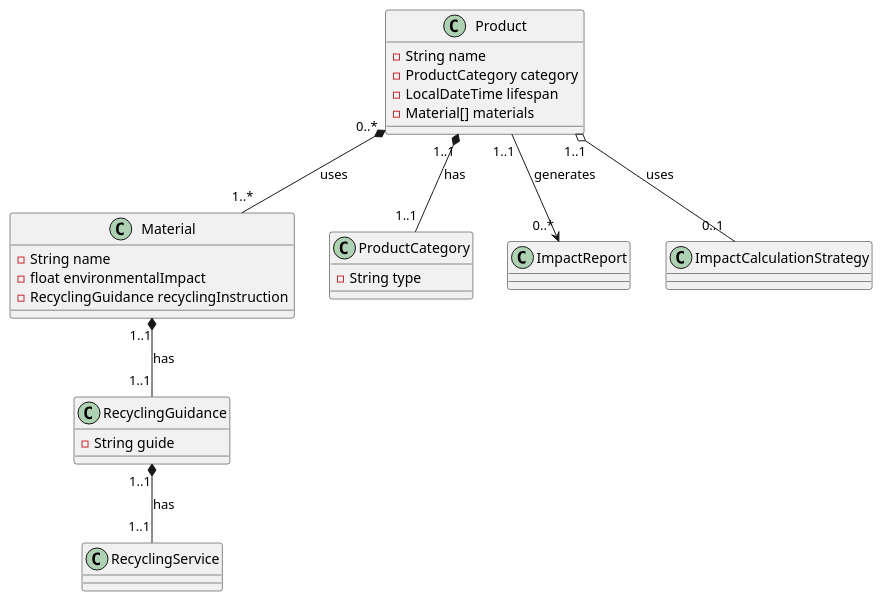
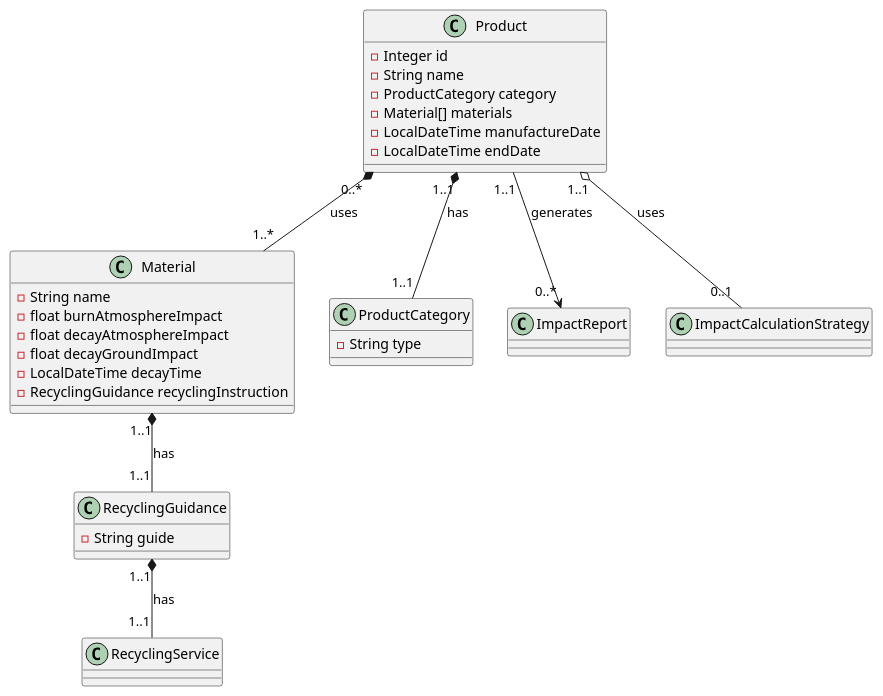
One commit to arrow-function-hkr/ood-project changed the diagram in UML.puml. Above: the diagram before and after it, drawn with PlantUML.

Commit message:
Added new variable and methods to UML file, extended Product and Material class

```diff
--- a/UML.puml
+++ b/UML.puml
@@ -1,71 +1,86 @@
 @startuml
 
 ' RMS stands for Recycling Management System
 ' package onion.lifeproducts.rms {
 
 	class Product {
+		- Integer id
 		- String name
 		- ProductCategory category
-		- LocalDateTime lifespan
 		- Material[] materials
-
+		- LocalDateTime manufactureDate
+		- LocalDateTime endDate
+		
+		' + getId(): Integer
 		' + getName(): String
 		' + getCategory(): String
-		' + getLifespan(): LocalDateTime
+		' + getManufactureDate(): LocalDateTime
+		' + getEndDate(): LocalDateTime
 		' + getMaterials(): Material[]
+		' + setId(Integer id): void
 		' + setName(String name): void
 		' + setCategory(String category): void
-		' + setLifespan(LocalDateTime lifespan): void
+		' + setManufactureDate(LocalDateTime manufactureDate): void
+		' + setEndDate(LocalDateTime endDate): void
 		' + setMaterials(Material[] materials): void
 
 	}
 
 	class Material {
 		- String name
-		- float environmentalImpact
+		- float burnAtmosphereImpact
+		- float decayAtmosphereImpact
+		- float decayGroundImpact
+		- LocalDateTime decayTime
 		- RecyclingGuidance recyclingInstruction
 
 		' + getName(): String
-		' + getEnvironmentalImpact(): float
+		' + getBurnAtmosphereImpact(): float
+		' + getDecayAtmosphereImpact(): float
+		' + getDecayGroundImpact(): float
+		' + getDecayTime(): LocalDateTime
 		' + getRecyclingInstruction(): String
 		' + setName(String name): void
-		' + setEnvironmentalImpact(float environmentalImpact): void
-		' + setRecyclingInstruction(String recyclingInstruction): void
+		' + setBurnAtmosphereImpact(float burnAtmosphereImpact): void
+		' + setDecayAtmosphereImpact(float decayAtmosphereImpact): void
+		' + setDecayGroundImpact(float decayGroundImpact): void
+		' + setDecayTime(LocalDateTime decayTime): void
+		' + setRecyclingInstruction(RecyclingGuidance recyclingInstruction): void
 
 	}
 
 	class ProductCategory {
 		- String type
 	}
 
 	class RecyclingGuidance {
 		- String guide
 	}
 
 	class RecyclingService {
 
 	}
 
 	class ImpactReport {
 
 	}
 
 	class ImpactCalculationStrategy {
 
 	}
 
 
 ' }
 
 Product "0..*" *-- "1..*" Material : uses
 
 Product "1..1" o-- "0..1" ImpactCalculationStrategy : uses
 
 Product "1..1" *-- "1..1" ProductCategory : has
 Product "1..1" --> "0..*" ImpactReport : generates
 
 Material "1..1" *-- "1..1" RecyclingGuidance : has
 
 RecyclingGuidance "1..1" *-- "1..1" RecyclingService : has
 
 @enduml
```
